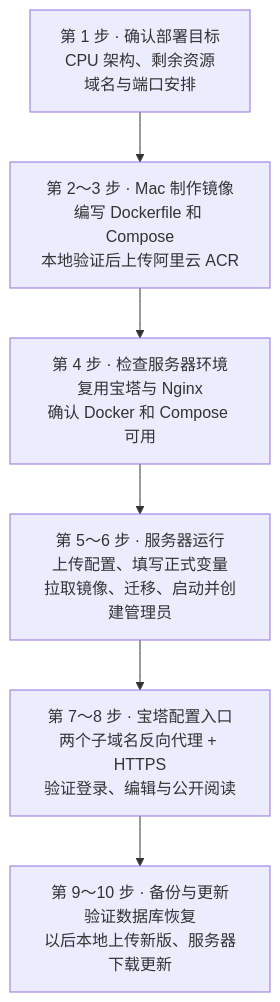
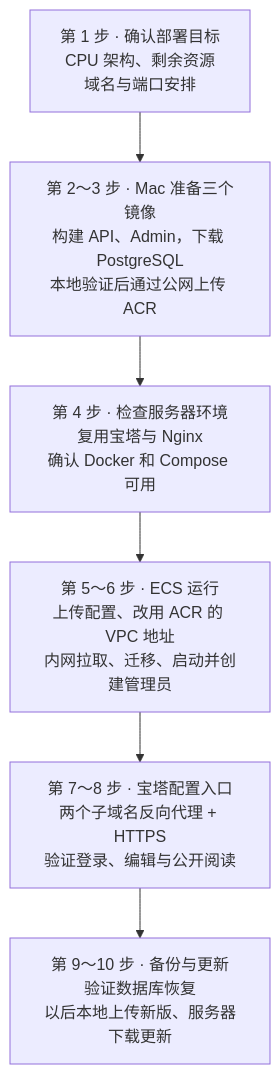
One commit to jiajianhui/learning-notes changed the first of 11 diagrams in backend/backend-system-learning/20A-用宝塔和Docker-Compose部署MiniCMS.md. Above: the diagram before and after it, drawn with Mermaid. The commit also changed other lines of this file and 3 other files, not shown here.

````diff
--- a/backend/backend-system-learning/20A-用宝塔和Docker-Compose部署MiniCMS.md
+++ b/backend/backend-system-learning/20A-用宝塔和Docker-Compose部署MiniCMS.md
@@ -50,10 +50,10 @@
 ```mermaid
 flowchart TD
     A["第 1 步 · 确认部署目标<br/>CPU 架构、剩余资源<br/>域名与端口安排"]
-    B["第 2～3 步 · Mac 制作镜像<br/>编写 Dockerfile 和 Compose<br/>本地验证后上传阿里云 ACR"]
+    B["第 2～3 步 · Mac 准备三个镜像<br/>构建 API、Admin，下载 PostgreSQL<br/>本地验证后通过公网上传 ACR"]
     C["第 4 步 · 检查服务器环境<br/>复用宝塔与 Nginx<br/>确认 Docker 和 Compose 可用"]
-    D["第 5～6 步 · 服务器运行<br/>上传配置、填写正式变量<br/>拉取镜像、迁移、启动并创建管理员"]
+    D["第 5～6 步 · ECS 运行<br/>上传配置、改用 ACR 的 VPC 地址<br/>内网拉取、迁移、启动并创建管理员"]
     E["第 7～8 步 · 宝塔配置入口<br/>两个子域名反向代理 + HTTPS<br/>验证登录、编辑与公开阅读"]
     F["第 9～10 步 · 备份与更新<br/>验证数据库恢复<br/>以后本地上传新版、服务器下载更新"]
     A --> B --> C --> D --> E --> F
 ```
````
